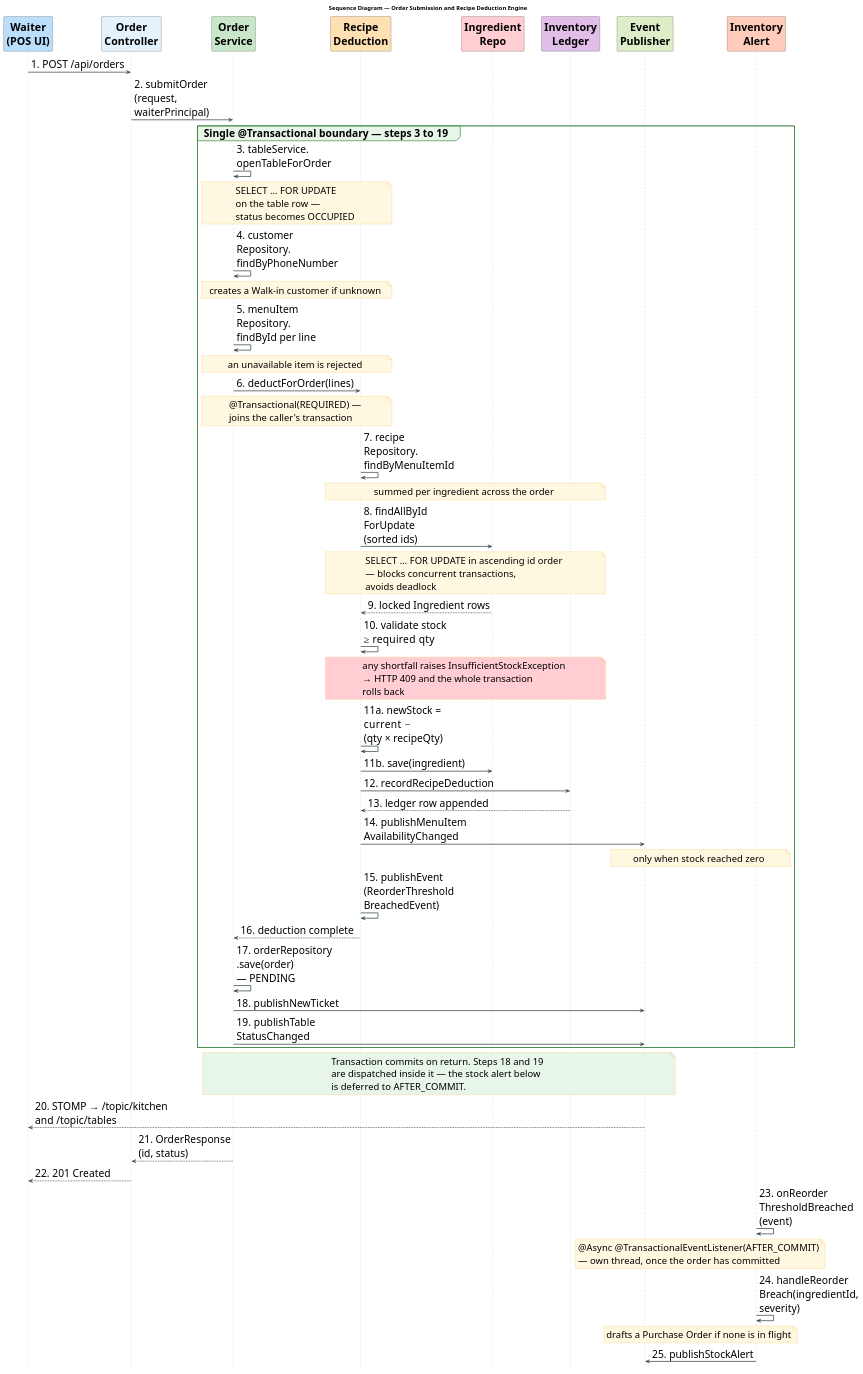
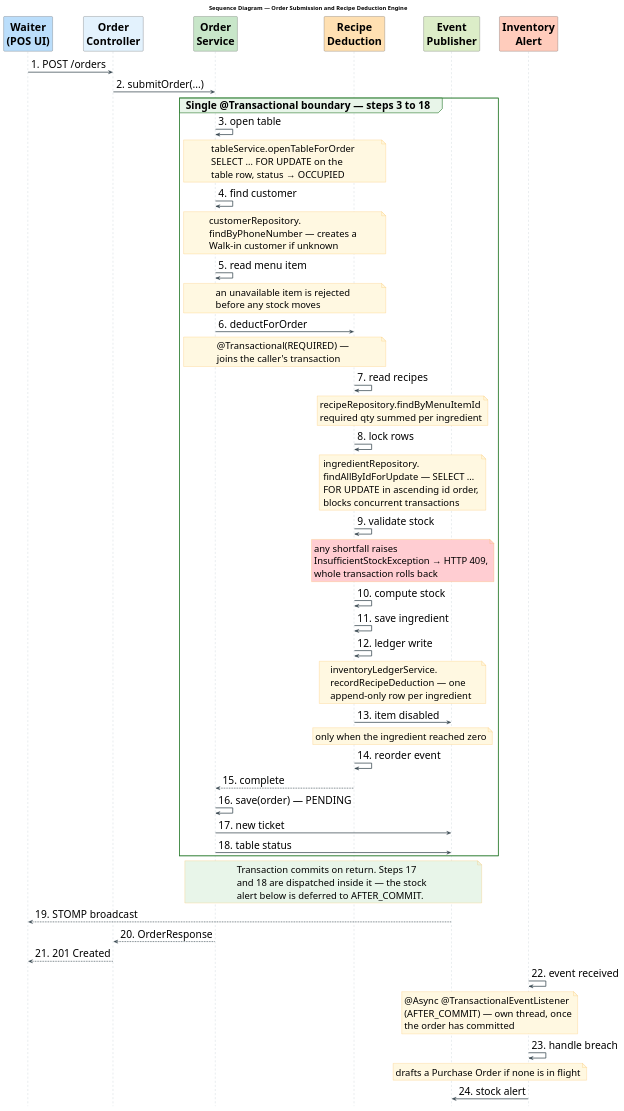
One commit to Buddhimal-Ramanayaka/restaurant-management-system changed the diagram in diagrams-source/fig3_4_sequence.puml. Above: the diagram before and after it, drawn with PlantUML.

Commit message:
Fold two collaborators into RecipeDeduction in Fig 3.4
IngredientRepository and InventoryLedgerService become self-calls on
RecipeDeduction, named in the adjacent notes. Printed size is fontSize x
417.6 / canvas width and the canvas is the sum of the lifeline columns, so
dropping two columns is worth more than any label tuning: 5.4pt -> 6.9pt
with the short message labels restored.

Their two return messages go with them, so every step after 8 shifts down
by one. The transaction boundary is now steps 3 to 18, the validation check
step 9, the two broadcasts steps 17 and 18. Section 3.5.1 updated to match.

```diff
--- a/diagrams-source/fig3_4_sequence.puml
+++ b/diagrams-source/fig3_4_sequence.puml
@@ -1,136 +1,142 @@
 @startuml
 ' Figure 3.4 - Sequence Diagram, Order Submission and Recipe Deduction
 '
 ' Rebuilt in PlantUML. The mermaid version could not be sized: mermaid 11 ignores
 ' sequence options from both a %%{init}%% directive and mmdc -c, so actorMargin,
 ' messageMargin and every font size were inert - it rendered at a fixed 16px in a
 ' 1863-unit viewBox, which is 3.6pt on the page. PlantUML honours them.
 '
-' One colour per participant, as in the original figure.
-'
-' Sizing: printed size is fontSize x 668.2 / canvas_width when the figure is placed
-' landscape, so canvas WIDTH is the only thing that matters. Width is the sum of the
-' eight columns, and each column is as wide as its widest label - so participant names
-' and message labels are kept short and the detail is carried in notes, which are
-' anchored "over" a pair of lifelines and therefore cannot widen the canvas.
+' IngredientRepository and InventoryLedgerService are folded into RecipeDeduction as
+' self-calls, named in the adjacent notes. Printed size is fontSize x 417.6 / canvas
+' width, and canvas width is the sum of the lifeline columns, so two fewer columns is
+' the single biggest gain available. Message labels are kept short for the same reason;
+' the detail lives in the notes, which are anchored "over" a pair of lifelines and
+' therefore cannot widen the canvas.
 '
 ' Verified against OrderService.submitOrder, RecipeDeductionService.deductForOrder /
 ' handlePostDeductionThresholds and InventoryAlertService.
 
 skinparam backgroundColor #FFFFFF
 skinparam shadowing false
 skinparam defaultFontName "Arial"
 skinparam defaultFontSize 26
 skinparam ArrowThickness 1.8
 
 skinparam sequence {
   ArrowColor #37474F
   ArrowFontSize 25
   ParticipantFontSize 26
   ParticipantFontStyle bold
   ParticipantPadding 16
   BoxPadding 12
   LifeLineBorderColor #90A4AE
   LifeLineBackgroundColor #FAFAFA
   GroupHeaderFontSize 25
   GroupHeaderFontStyle bold
   GroupBackgroundColor #E8F5E9
   GroupBorderColor #2E7D32
 }
 skinparam note {
   FontSize 23
   BackgroundColor #FFF8E1
   BorderColor #F9A825
 }
 
 hide footbox
 
 title Sequence Diagram — Order Submission and Recipe Deduction Engine
 
 participant "Waiter\n(POS UI)"   as W  #BBDEFB
 participant "Order\nController"  as C  #E3F2FD
 participant "Order\nService"     as OS #C8E6C9
 participant "Recipe\nDeduction"  as RD #FFE0B2
-participant "Ingredient\nRepo"   as IR #FFCDD2
-participant "Inventory\nLedger"  as IL #E1BEE7
 participant "Event\nPublisher"   as EP #DCEDC8
 participant "Inventory\nAlert"   as AL #FFCCBC
 
-W  -> C  : 1. POST /api/orders
-C  -> OS : 2. submitOrder\n(request,\nwaiterPrincipal)
+W  -> C  : 1. POST /orders
+C  -> OS : 2. submitOrder(...)
 
-group Single @Transactional boundary — steps 3 to 19
-  OS -> OS : 3. tableService.\nopenTableForOrder
+group Single @Transactional boundary — steps 3 to 18
+  OS -> OS : 3. open table
   note over OS, RD
-    SELECT … FOR UPDATE
-    on the table row —
-    status becomes OCCUPIED
+    tableService.openTableForOrder
+    SELECT … FOR UPDATE on the
+    table row, status → OCCUPIED
   end note
-  OS -> OS : 4. customer\nRepository.\nfindByPhoneNumber
+  OS -> OS : 4. find customer
   note over OS, RD
-    creates a Walk-in customer if unknown
+    customerRepository.
+    findByPhoneNumber — creates a
+    Walk-in customer if unknown
   end note
-  OS -> OS : 5. menuItem\nRepository.\nfindById per line
+  OS -> OS : 5. read menu item
   note over OS, RD
     an unavailable item is rejected
+    before any stock moves
   end note
 
-  OS -> RD : 6. deductForOrder(lines)
+  OS -> RD : 6. deductForOrder
   note over OS, RD
     @Transactional(REQUIRED) —
     joins the caller's transaction
   end note
-  RD -> RD : 7. recipe\nRepository.\nfindByMenuItemId
-  note over RD, IL
-    summed per ingredient across the order
+  RD -> RD : 7. read recipes
+  note over RD, EP
+    recipeRepository.findByMenuItemId
+    required qty summed per ingredient
   end note
-  RD -> IR : 8. findAllById\nForUpdate\n(sorted ids)
-  note over RD, IL
-    SELECT … FOR UPDATE in ascending id order
-    — blocks concurrent transactions,
-    avoids deadlock
+  RD -> RD : 8. lock rows
+  note over RD, EP
+    ingredientRepository.
+    findAllByIdForUpdate — SELECT …
+    FOR UPDATE in ascending id order,
+    blocks concurrent transactions
   end note
-  IR --> RD : 9. locked Ingredient rows
-  RD -> RD : 10. validate stock\n≥ required qty
-  note over RD, IL #FFCDD2
-    any shortfall raises InsufficientStockException
-    → HTTP 409 and the whole transaction
-    rolls back
+  RD -> RD : 9. validate stock
+  note over RD, EP #FFCDD2
+    any shortfall raises
+    InsufficientStockException → HTTP 409,
+    whole transaction rolls back
   end note
-  RD -> RD : 11a. newStock =\ncurrent −\n(qty × recipeQty)
-  RD -> IR : 11b. save(ingredient)
-  RD -> IL : 12. recordRecipeDeduction
-  IL --> RD : 13. ledger row appended
-  RD -> EP : 14. publishMenuItem\nAvailabilityChanged
-  note over EP, AL
-    only when stock reached zero
+  RD -> RD : 10. compute stock
+  RD -> RD : 11. save ingredient
+  RD -> RD : 12. ledger write
+  note over RD, EP
+    inventoryLedgerService.
+    recordRecipeDeduction — one
+    append-only row per ingredient
   end note
-  RD -> RD : 15. publishEvent\n(ReorderThreshold\nBreachedEvent)
-  RD --> OS : 16. deduction complete
-  OS -> OS : 17. orderRepository\n.save(order)\n— PENDING
-  OS -> EP : 18. publishNewTicket
-  OS -> EP : 19. publishTable\nStatusChanged
+  RD -> EP : 13. item disabled
+  note over RD, EP
+    only when the ingredient reached zero
+  end note
+  RD -> RD : 14. reorder event
+  RD --> OS : 15. complete
+  OS -> OS : 16. save(order) — PENDING
+  OS -> EP : 17. new ticket
+  OS -> EP : 18. table status
 end
 
 note over OS, EP #E8F5E9
-  Transaction commits on return. Steps 18 and 19
-  are dispatched inside it — the stock alert below
-  is deferred to AFTER_COMMIT.
+  Transaction commits on return. Steps 17
+  and 18 are dispatched inside it — the stock
+  alert below is deferred to AFTER_COMMIT.
 end note
 
-EP --> W : 20. STOMP → /topic/kitchen\nand /topic/tables
-OS --> C : 21. OrderResponse\n(id, status)
-C  --> W : 22. 201 Created
+EP --> W : 19. STOMP broadcast
+OS --> C : 20. OrderResponse
+C  --> W : 21. 201 Created
 
-AL -> AL : 23. onReorder\nThresholdBreached\n(event)
+AL -> AL : 22. event received
 note over EP, AL
-  @Async @TransactionalEventListener(AFTER_COMMIT)
-  — own thread, once the order has committed
+  @Async @TransactionalEventListener
+  (AFTER_COMMIT) — own thread, once
+  the order has committed
 end note
-AL -> AL : 24. handleReorder\nBreach(ingredientId,\nseverity)
+AL -> AL : 23. handle breach
 note over EP, AL
   drafts a Purchase Order if none is in flight
 end note
-AL -> EP : 25. publishStockAlert
+AL -> EP : 24. stock alert
 
 @enduml
```
